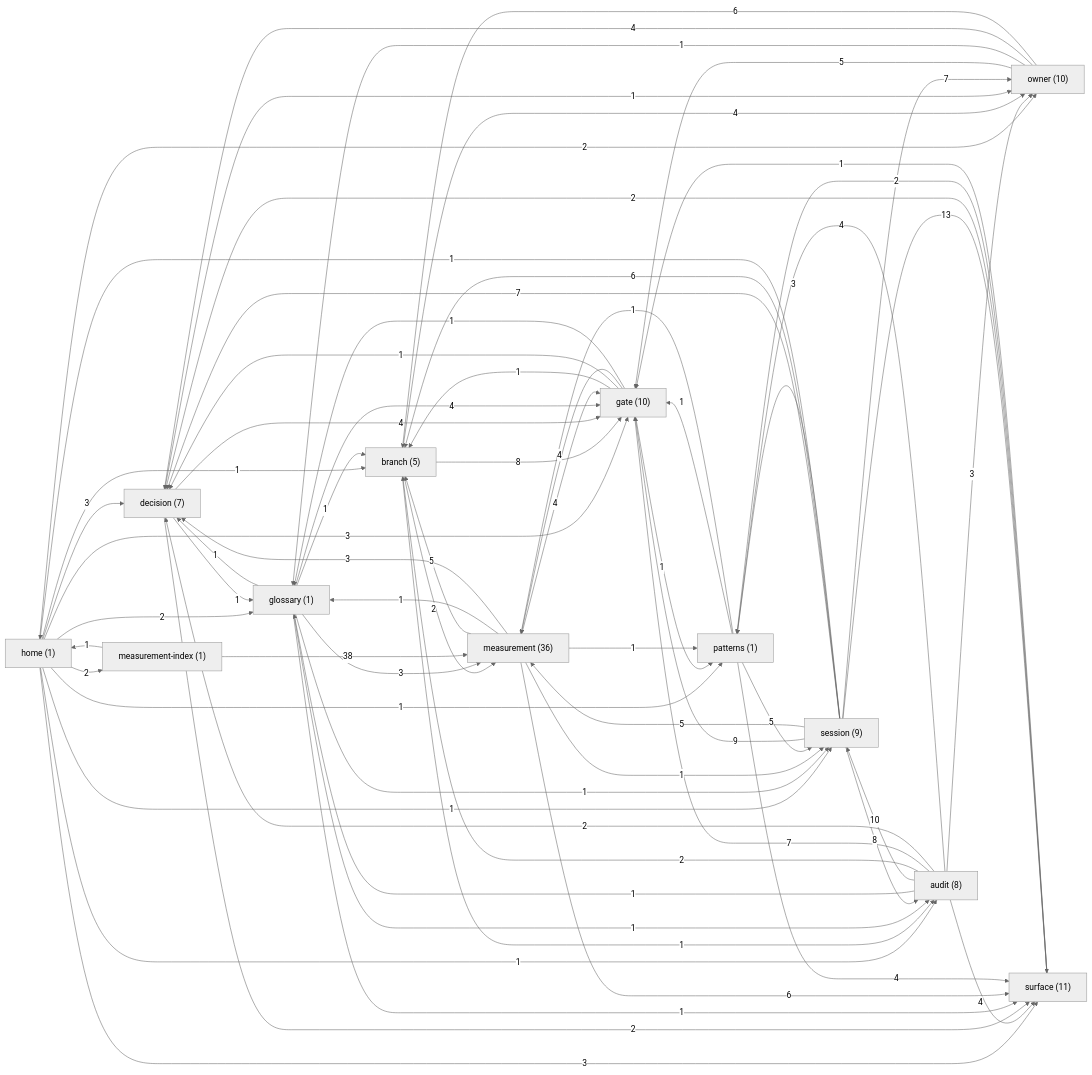
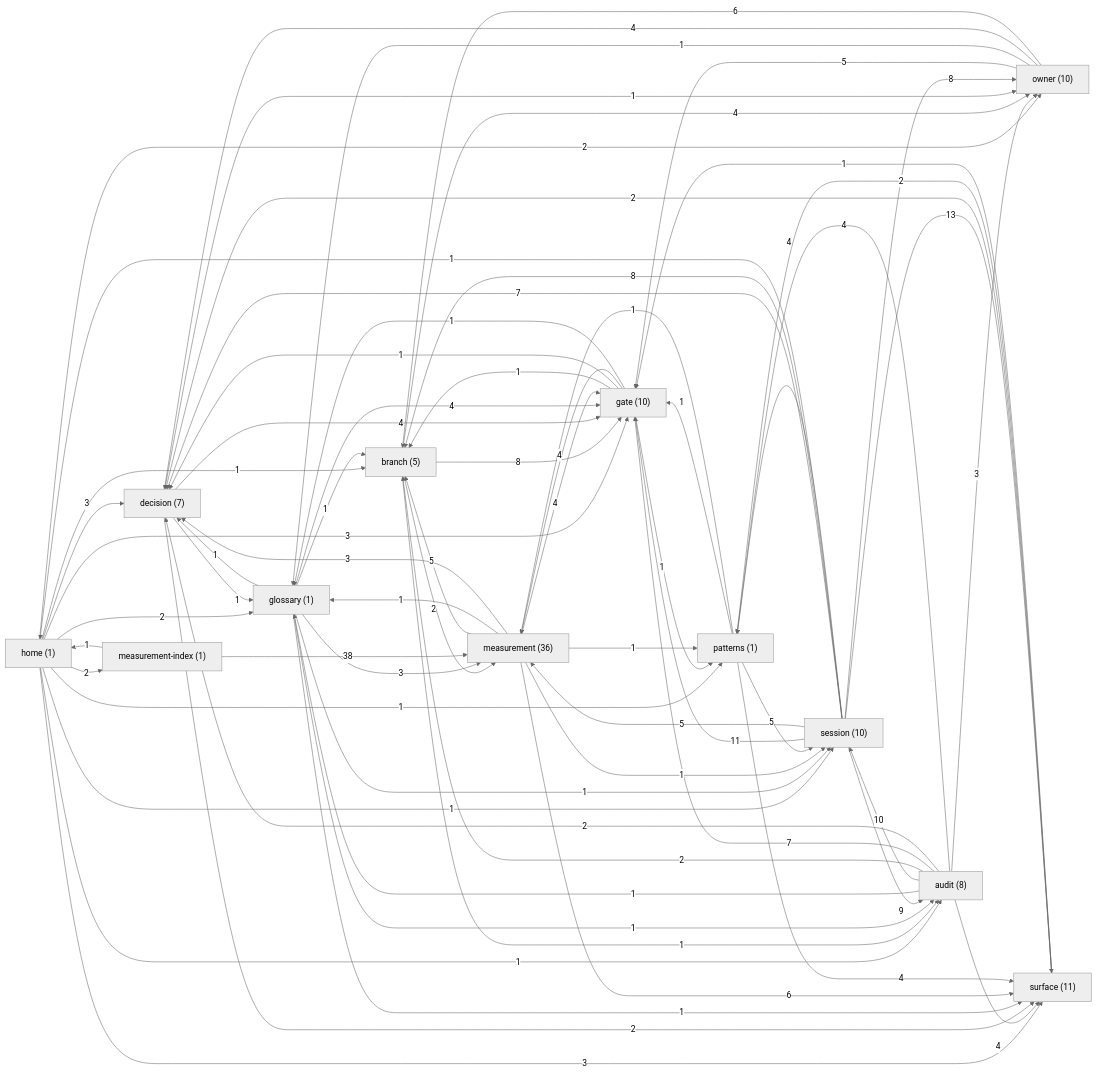
The diagram in docs/brain/GRAPH.md (sergey9519546/STORYMACHINE), drawn with Mermaid (neutral theme) before and after one commit. The commit also changed other lines of this file and 4 other files, not shown here.

````diff
--- a/docs/brain/GRAPH.md
+++ b/docs/brain/GRAPH.md
@@ -9,82 +9,82 @@
 ```mermaid
 graph LR
   home["home (1)"]
   audit["audit (8)"]
   branch["branch (5)"]
   decision["decision (7)"]
   gate["gate (10)"]
   glossary["glossary (1)"]
   measurement["measurement (36)"]
   measurement_index["measurement-index (1)"]
   owner["owner (10)"]
   patterns["patterns (1)"]
-  session["session (9)"]
+  session["session (10)"]
   surface["surface (11)"]
   home -->|3| decision
   home -->|2| glossary
   home -->|3| gate
   home -->|2| measurement_index
   home -->|2| owner
   home -->|3| surface
   home -->|1| session
   home -->|1| audit
   home -->|1| branch
   home -->|1| patterns
   audit -->|1| glossary
   audit -->|10| session
   audit -->|2| branch
   audit -->|7| gate
   audit -->|2| decision
   audit -->|4| patterns
   audit -->|3| owner
   audit -->|4| surface
   branch -->|2| measurement
   branch -->|8| gate
   branch -->|1| audit
   branch -->|4| owner
   decision -->|1| glossary
   decision -->|4| gate
   decision -->|2| surface
   decision -->|1| owner
   gate -->|1| branch
   gate -->|1| decision
   gate -->|4| measurement
   gate -->|1| patterns
   gate -->|1| glossary
   glossary -->|1| branch
   glossary -->|3| measurement
   glossary -->|1| surface
   glossary -->|4| gate
   glossary -->|1| session
   glossary -->|1| decision
   glossary -->|1| audit
   measurement -->|5| branch
   measurement -->|4| gate
   measurement -->|1| glossary
   measurement -->|1| session
   measurement -->|3| decision
   measurement -->|1| patterns
   measurement -->|6| surface
   measurement_index -->|1| home
   measurement_index -->|38| measurement
   owner -->|5| gate
   owner -->|1| glossary
   owner -->|4| decision
   owner -->|6| branch
   patterns -->|5| session
   patterns -->|4| surface
   patterns -->|1| gate
   patterns -->|1| measurement
-  session -->|9| gate
-  session -->|8| audit
+  session -->|11| gate
+  session -->|9| audit
   session -->|5| measurement
   session -->|7| decision
   session -->|13| surface
-  session -->|6| branch
+  session -->|8| branch
   session -->|1| home
-  session -->|3| patterns
-  session -->|7| owner
+  session -->|4| patterns
+  session -->|8| owner
   surface -->|2| decision
   surface -->|2| patterns
   surface -->|1| gate
 ```
````
